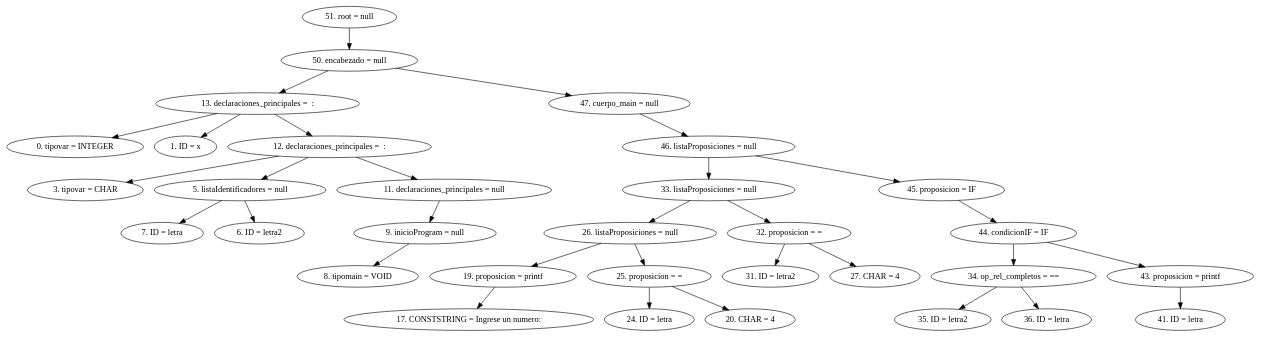
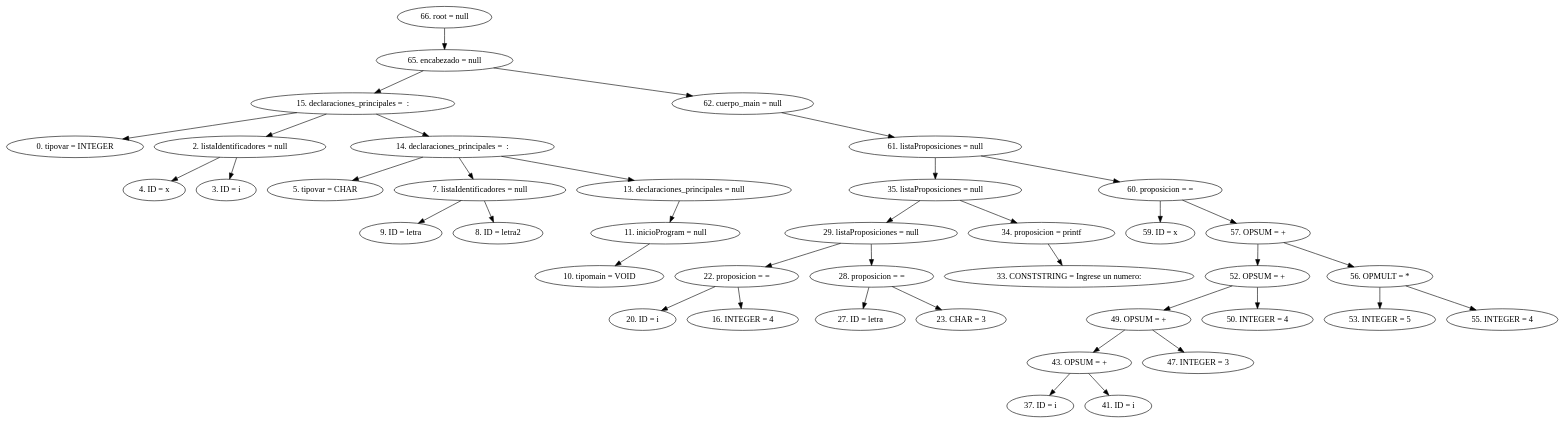
Before and after one commit to Luigy08/mini-c: the diagram in src/AST.dot, drawn with Graphviz. The commit also changed 5 other files, not shown here.

```diff
--- a/src/AST.dot
+++ b/src/AST.dot
@@ -1,35 +1,43 @@
 digraph G {
-"51. root = null"->"50. encabezado = null"
-"50. encabezado = null"->"13. declaraciones_principales =  : "
-"13. declaraciones_principales =  : "->"0. tipovar = INTEGER"
-"13. declaraciones_principales =  : "->"1. ID = x"
-"13. declaraciones_principales =  : "->"12. declaraciones_principales =  : "
-"12. declaraciones_principales =  : "->"3. tipovar = CHAR"
-"12. declaraciones_principales =  : "->"5. listaIdentificadores = null"
-"5. listaIdentificadores = null"->"7. ID = letra"
-"5. listaIdentificadores = null"->"6. ID = letra2"
-"12. declaraciones_principales =  : "->"11. declaraciones_principales = null"
-"11. declaraciones_principales = null"->"9. inicioProgram = null"
-"9. inicioProgram = null"->"8. tipomain = VOID"
-"50. encabezado = null"->"47. cuerpo_main = null"
-"47. cuerpo_main = null"->"46. listaProposiciones = null"
-"46. listaProposiciones = null"->"33. listaProposiciones = null"
-"33. listaProposiciones = null"->"26. listaProposiciones = null"
-"26. listaProposiciones = null"->"19. proposicion = printf"
-"19. proposicion = printf"->"17. CONSTSTRING = Ingrese un numero: "
-"26. listaProposiciones = null"->"25. proposicion = ="
-"25. proposicion = ="->"24. ID = letra"
-"25. proposicion = ="->"20. CHAR = 4"
-"33. listaProposiciones = null"->"32. proposicion = ="
-"32. proposicion = ="->"31. ID = letra2"
-"32. proposicion = ="->"27. CHAR = 4"
-"46. listaProposiciones = null"->"45. proposicion = IF"
-"45. proposicion = IF"->"44. condicionIF = IF"
-"44. condicionIF = IF"->"34. op_rel_completos = =="
-"34. op_rel_completos = =="->"35. ID = letra2"
-"34. op_rel_completos = =="->"36. ID = letra"
-"44. condicionIF = IF"->"43. proposicion = printf"
-"43. proposicion = printf"->"41. ID = letra"
+"66. root = null"->"65. encabezado = null"
+"65. encabezado = null"->"15. declaraciones_principales =  : "
+"15. declaraciones_principales =  : "->"0. tipovar = INTEGER"
+"15. declaraciones_principales =  : "->"2. listaIdentificadores = null"
+"2. listaIdentificadores = null"->"4. ID = x"
+"2. listaIdentificadores = null"->"3. ID = i"
+"15. declaraciones_principales =  : "->"14. declaraciones_principales =  : "
+"14. declaraciones_principales =  : "->"5. tipovar = CHAR"
+"14. declaraciones_principales =  : "->"7. listaIdentificadores = null"
+"7. listaIdentificadores = null"->"9. ID = letra"
+"7. listaIdentificadores = null"->"8. ID = letra2"
+"14. declaraciones_principales =  : "->"13. declaraciones_principales = null"
+"13. declaraciones_principales = null"->"11. inicioProgram = null"
+"11. inicioProgram = null"->"10. tipomain = VOID"
+"65. encabezado = null"->"62. cuerpo_main = null"
+"62. cuerpo_main = null"->"61. listaProposiciones = null"
+"61. listaProposiciones = null"->"35. listaProposiciones = null"
+"35. listaProposiciones = null"->"29. listaProposiciones = null"
+"29. listaProposiciones = null"->"22. proposicion = ="
+"22. proposicion = ="->"20. ID = i"
+"22. proposicion = ="->"16. INTEGER = 4"
+"29. listaProposiciones = null"->"28. proposicion = ="
+"28. proposicion = ="->"27. ID = letra"
+"28. proposicion = ="->"23. CHAR = 3"
+"35. listaProposiciones = null"->"34. proposicion = printf"
+"34. proposicion = printf"->"33. CONSTSTRING = Ingrese un numero: "
+"61. listaProposiciones = null"->"60. proposicion = ="
+"60. proposicion = ="->"59. ID = x"
+"60. proposicion = ="->"57. OPSUM = +"
+"57. OPSUM = +"->"52. OPSUM = +"
+"52. OPSUM = +"->"49. OPSUM = +"
+"49. OPSUM = +"->"43. OPSUM = +"
+"43. OPSUM = +"->"37. ID = i"
+"43. OPSUM = +"->"41. ID = i"
+"49. OPSUM = +"->"47. INTEGER = 3"
+"52. OPSUM = +"->"50. INTEGER = 4"
+"57. OPSUM = +"->"56. OPMULT = *"
+"56. OPMULT = *"->"53. INTEGER = 5"
+"56. OPMULT = *"->"55. INTEGER = 4"
 
 
 }
```
